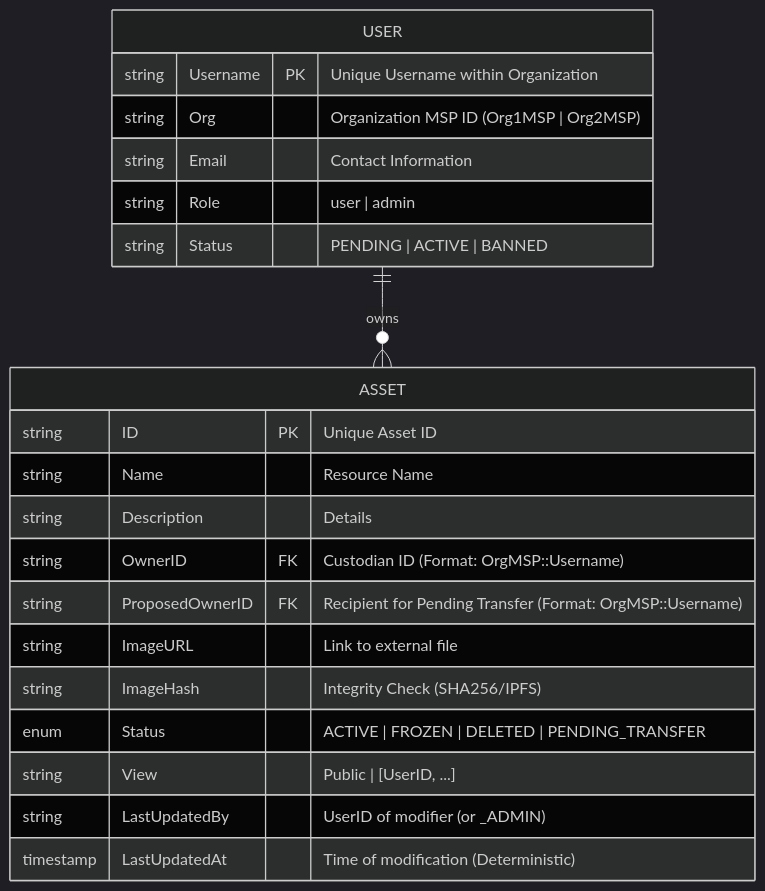
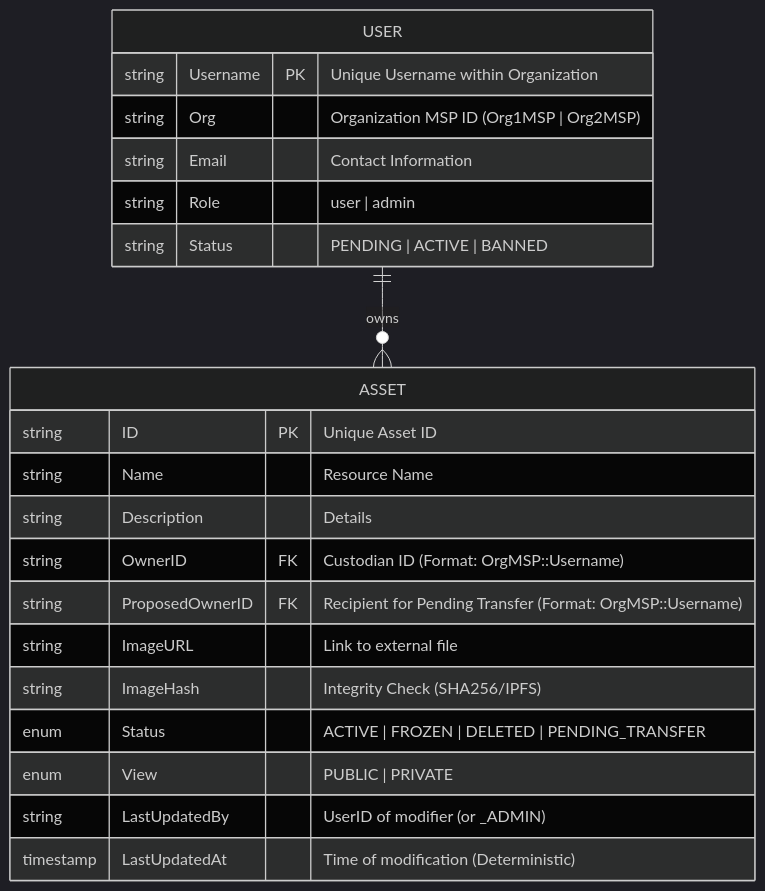
The diagram in docs/DATA_ARCHITECTURE.md (kelotduongvidainhat/hyperledger-fabric-skeleton), drawn with Mermaid (dark theme) before and after one commit. The commit also changed other lines of this file and 20 other files, not shown here.

````diff
--- a/docs/DATA_ARCHITECTURE.md
+++ b/docs/DATA_ARCHITECTURE.md
@@ -12,24 +12,24 @@
 ```mermaid
 erDiagram
     USER ||--o{ ASSET : owns
     USER {
         string Username PK "Unique Username within Organization"
         string Org "Organization MSP ID (Org1MSP | Org2MSP)"
         string Email "Contact Information"
         string Role "user | admin"
         string Status "PENDING | ACTIVE | BANNED"
     }
     ASSET {
         string ID PK "Unique Asset ID"
         string Name "Resource Name"
         string Description "Details"
         string OwnerID FK "Custodian ID (Format: OrgMSP::Username)"
         string ProposedOwnerID FK "Recipient for Pending Transfer (Format: OrgMSP::Username)"
         string ImageURL "Link to external file"
         string ImageHash "Integrity Check (SHA256/IPFS)"
         enum Status "ACTIVE | FROZEN | DELETED | PENDING_TRANSFER"
-        string View "Public | [UserID, ...]"
+        enum View "PUBLIC | PRIVATE"
         string LastUpdatedBy "UserID of modifier (or _ADMIN)"
         timestamp LastUpdatedAt "Time of modification (Deterministic)"
     }
 ```
````
